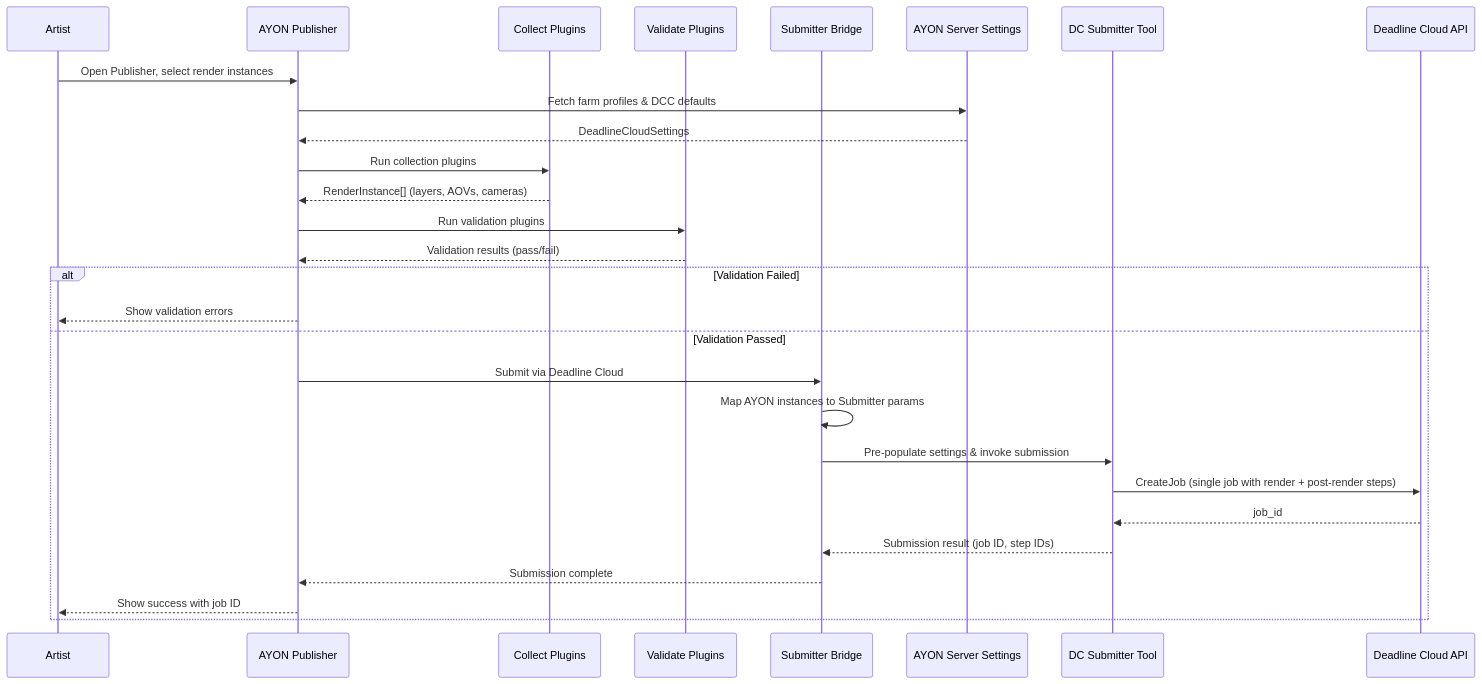
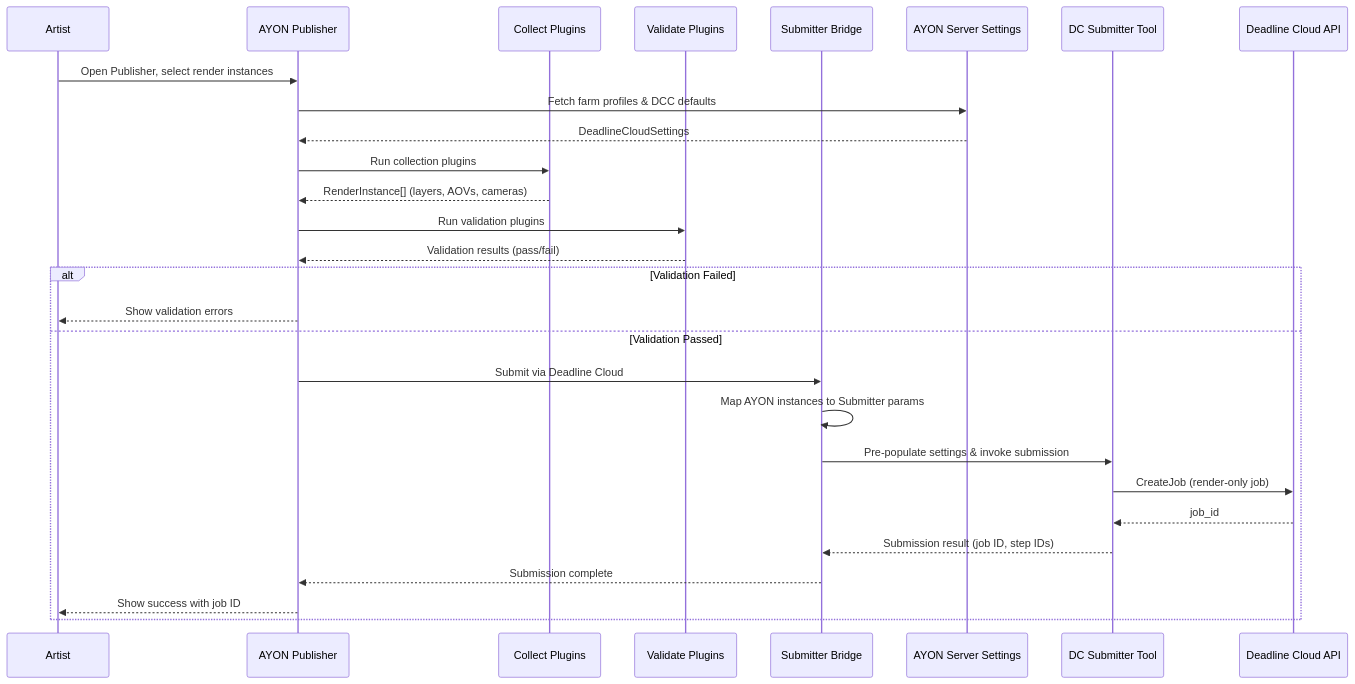
One commit to leon-li-inspire/ayon-deadline-cloud changed the second of 3 diagrams in .kiro/specs/deadline-cloud-integration/design.md. Above: the diagram before and after it, drawn with Mermaid. The commit also changed other lines of this file, not shown here.

First line of the commit message:
Resolve post-render execution model: MVP on-prem, target state farm-side via OpenJD

````diff
--- a/.kiro/specs/deadline-cloud-integration/design.md
+++ b/.kiro/specs/deadline-cloud-integration/design.md
@@ -76,32 +78,32 @@
 ```mermaid
 sequenceDiagram
     participant Artist
     participant Publisher as AYON Publisher
     participant Collector as Collect Plugins
     participant Validator as Validate Plugins
     participant Bridge as Submitter Bridge
     participant Settings as AYON Server Settings
     participant Submitter as DC Submitter Tool
     participant DC as Deadline Cloud API
 
     Artist->>Publisher: Open Publisher, select render instances
     Publisher->>Settings: Fetch farm profiles & DCC defaults
     Settings-->>Publisher: DeadlineCloudSettings
     Publisher->>Collector: Run collection plugins
     Collector-->>Publisher: RenderInstance[] (layers, AOVs, cameras)
     Publisher->>Validator: Run validation plugins
     Validator-->>Publisher: Validation results (pass/fail)
 
     alt Validation Failed
         Publisher-->>Artist: Show validation errors
     else Validation Passed
         Publisher->>Bridge: Submit via Deadline Cloud
         Bridge->>Bridge: Map AYON instances to Submitter params
         Bridge->>Submitter: Pre-populate settings & invoke submission
-        Submitter->>DC: CreateJob (single job with render + post-render steps)
+        Submitter->>DC: CreateJob (render-only job)
         DC-->>Submitter: job_id
         Submitter-->>Bridge: Submission result (job ID, step IDs)
         Bridge-->>Publisher: Submission complete
         Publisher-->>Artist: Show success with job ID
     end
 ```
````
